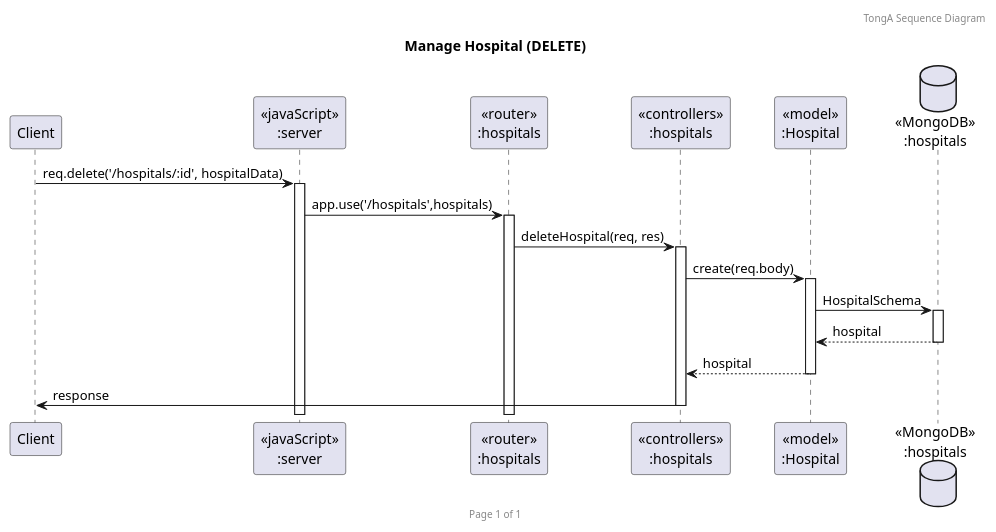
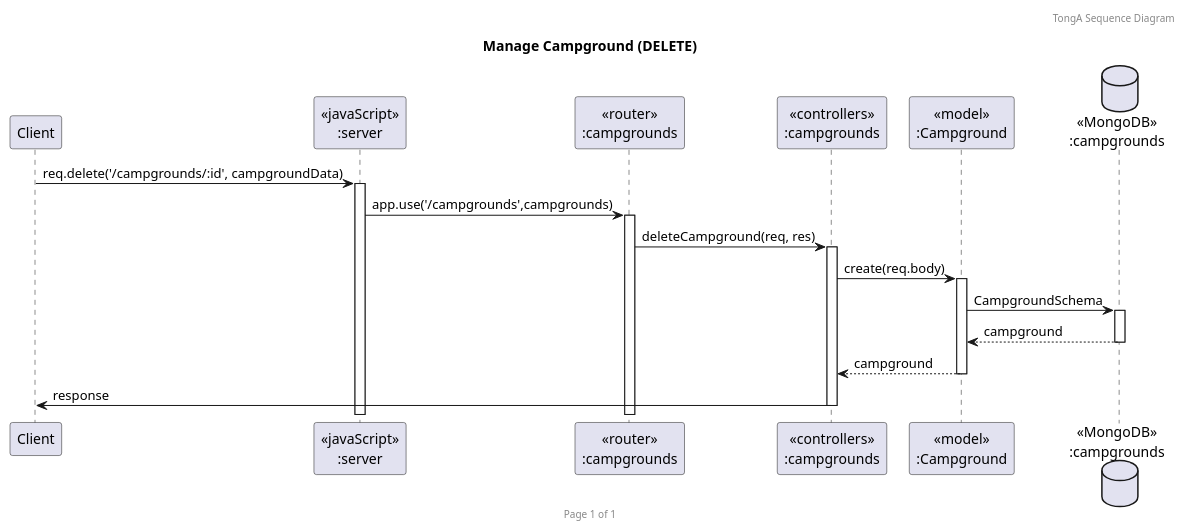
One commit to 2110503-2564/fe-project-2024-2-tong-a changed the diagram in plantuml/delete.puml. Above: the diagram before and after it, drawn with PlantUML.

Commit message:
Delete Sequence

```diff
--- a/plantuml/delete.puml
+++ b/plantuml/delete.puml
@@ -1,23 +1,23 @@
-@startuml Manage Hospital (DELETE)
+@startuml Manage Campground (DELETE)
 
 header TongA Sequence Diagram
 footer Page %page% of %lastpage%
-title "Manage Hospital (DELETE)"
+title "Manage Campground (DELETE)"
 
 participant "Client" as client
 participant "<<javaScript>>\n:server" as server
-participant "<<router>>\n:hospitals" as routerHospitals
-participant "<<controllers>>\n:hospitals" as controllersHospitals
-participant "<<model>>\n:Hospital" as modelHospital
-database "<<MongoDB>>\n:hospitals" as HospitalsDatabase
+participant "<<router>>\n:campgrounds" as routerCampgrounds
+participant "<<controllers>>\n:campgrounds" as controllersCampgrounds
+participant "<<model>>\n:Campground" as modelCampground
+database "<<MongoDB>>\n:campgrounds" as CampgroundsDatabase
 
-client->server ++:req.delete('/hospitals/:id', hospitalData)
-server->routerHospitals ++:app.use('/hospitals',hospitals)
-routerHospitals -> controllersHospitals ++:deleteHospital(req, res)
-controllersHospitals->modelHospital ++:create(req.body)
-modelHospital ->HospitalsDatabase ++: HospitalSchema
-HospitalsDatabase --> modelHospital --: hospital
-controllersHospitals <-- modelHospital --:hospital
-controllersHospitals->client --:response
+client->server ++:req.delete('/campgrounds/:id', campgroundData)
+server->routerCampgrounds ++:app.use('/campgrounds',campgrounds)
+routerCampgrounds -> controllersCampgrounds ++:deleteCampground(req, res)
+controllersCampgrounds->modelCampground ++:create(req.body)
+modelCampground ->CampgroundsDatabase ++: CampgroundSchema
+CampgroundsDatabase --> modelCampground --: campground
+controllersCampgrounds <-- modelCampground --:campground
+controllersCampgrounds->client --:response
 
 @enduml
```
